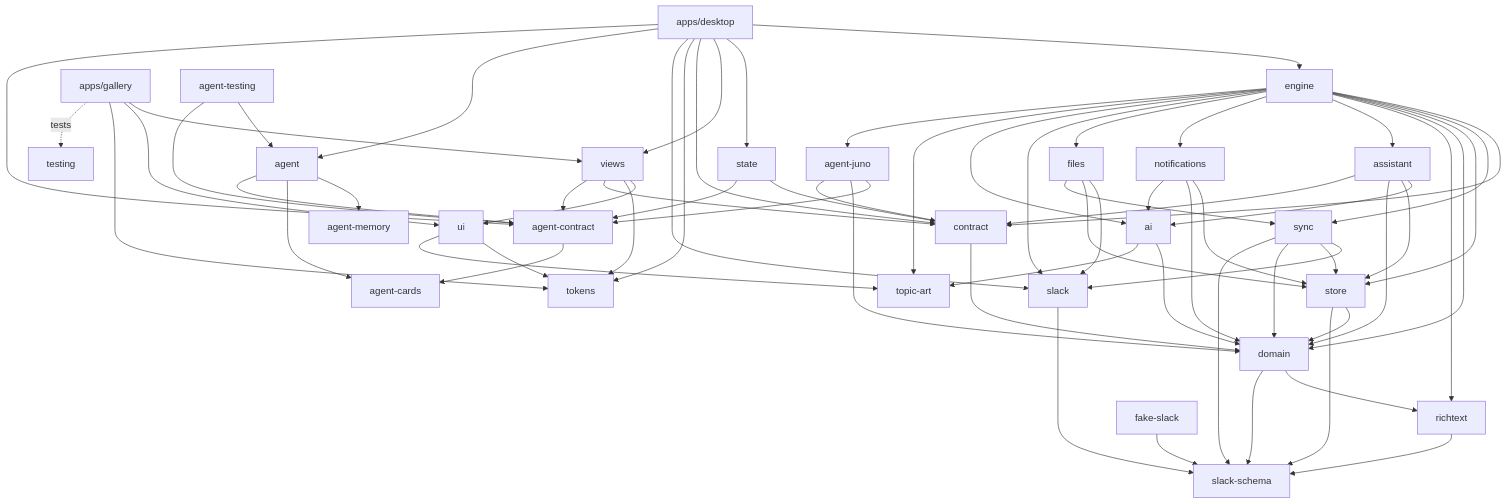
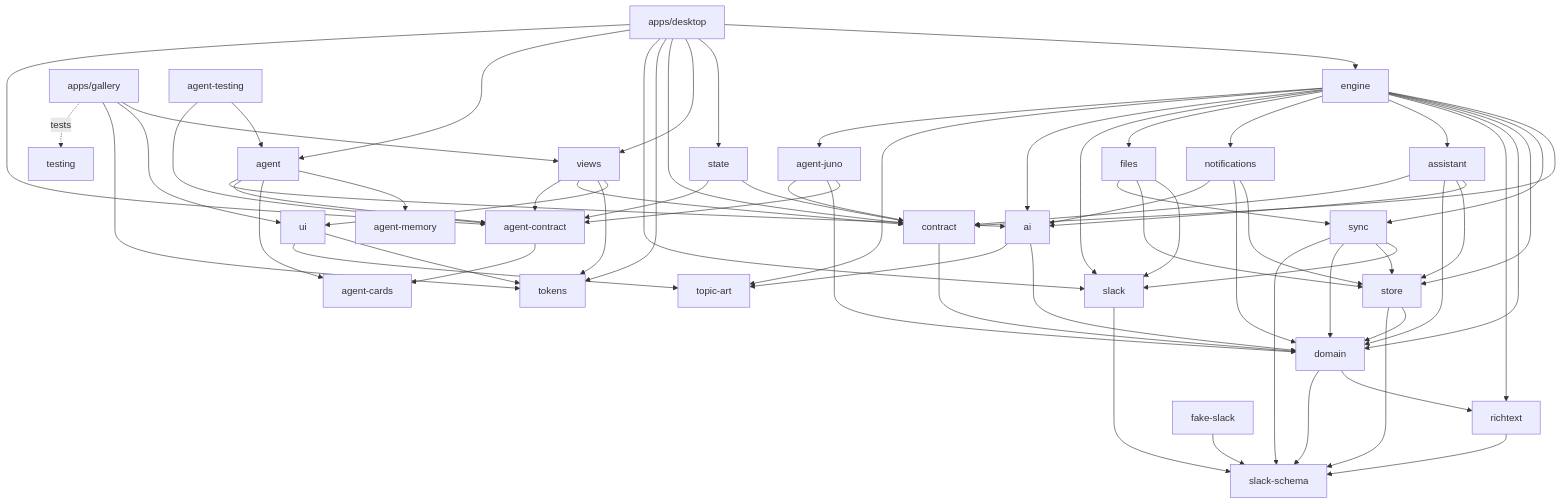
Before and after one commit to triptu/juno: the second of 2 diagrams in docs/architecture.md, drawn with Mermaid. The commit also changed other lines of this file and 5 other files, not shown here.

````diff
--- a/docs/architecture.md
+++ b/docs/architecture.md
@@ -114,32 +114,32 @@
 ```mermaid
 flowchart TD
   slack_schema[slack-schema]
   richtext --> slack_schema
   domain --> richtext & slack_schema
   contract --> domain
   slack --> slack_schema
   store --> domain & slack_schema
   sync --> slack & store & domain & slack_schema
   topic_art[topic-art]
   ai --> domain & topic_art
   assistant --> ai & store & domain & contract
   notifications --> store & domain & ai
   files --> slack & store & sync
   engine --> contract & sync & store & domain & richtext & assistant & notifications & files & slack & ai & topic_art
   fake_slack[fake-slack] --> slack_schema
   tokens
   ui --> tokens & topic_art
   views --> ui & tokens & contract
   state --> contract
   desktop[apps/desktop] --> engine & state & views & contract & tokens & slack
   gallery[apps/gallery] --> views & ui & tokens
   gallery -.tests.-> testing[testing]
   agent_contract[agent-contract] --> agent_cards[agent-cards]
-  agent --> agent_memory[agent-memory] & agent_cards & agent_contract
+  agent --> agent_memory[agent-memory] & agent_cards & agent_contract & ai
   agent_juno[agent-juno] --> agent_contract & domain & contract
   agent_testing[agent-testing] --> agent & agent_contract
   engine --> agent_juno
   state --> agent_contract
   views --> agent_contract
   desktop --> agent & agent_contract
 ```
````
